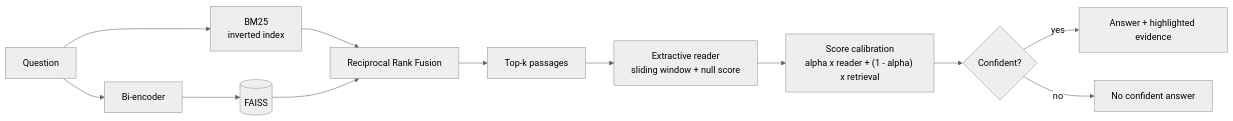
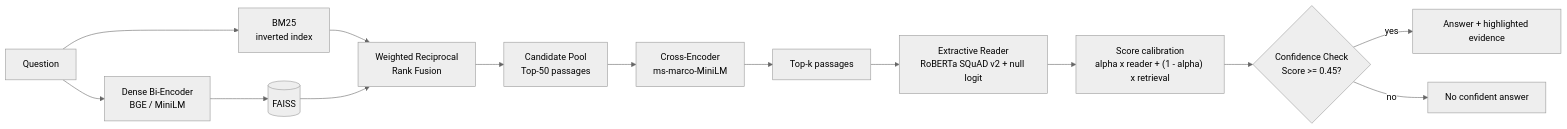
The diagram in README.md (anhvinh205/End-to-end-question-answer), drawn with Mermaid (neutral theme) before and after one commit. The commit also changed other lines of this file and 5 other files, not shown here.

Commit message:
feat: integrate cross-encoder in e2e eval, upgrade dense bi-encoder to BGE-base, add weighted RRF fusion, and update README benchmarks

````diff
--- a/README.md
+++ b/README.md
@@ -17,13 +17,15 @@
 ```mermaid
 flowchart LR
     Q["Question"] --> BM["BM25<br/>inverted index"]
-    Q --> ENC["Bi-encoder"] --> FA[("FAISS")]
-    BM --> RRF["Reciprocal Rank Fusion"]
+    Q --> ENC["Dense Bi-Encoder<br/>BGE / MiniLM"] --> FA[("FAISS")]
+    BM --> RRF["Weighted Reciprocal<br/>Rank Fusion"]
     FA --> RRF
-    RRF --> TOP["Top-k passages"]
-    TOP --> RD["Extractive reader<br/>sliding window + null score"]
+    RRF --> CAND["Candidate Pool<br/>Top-50 passages"]
+    CAND --> RERANK["Cross-Encoder<br/>ms-marco-MiniLM"]
+    RERANK --> TOP["Top-k passages"]
+    TOP --> RD["Extractive Reader<br/>RoBERTa SQuAD v2 + null logit"]
     RD --> CAL["Score calibration<br/>alpha x reader + (1 - alpha) x retrieval"]
-    CAL --> OUT{"Confident?"}
-    OUT -- yes --> ANS["Answer + highlighted evidence"]
-    OUT -- no --> ABS["No confident answer"]
+    CAL --> CONF{"Confidence Check<br/>Score >= 0.45?"}
+    CONF -- yes --> ANS["Answer + highlighted evidence"]
+    CONF -- no --> ABS["No confident answer"]
 ```
````
